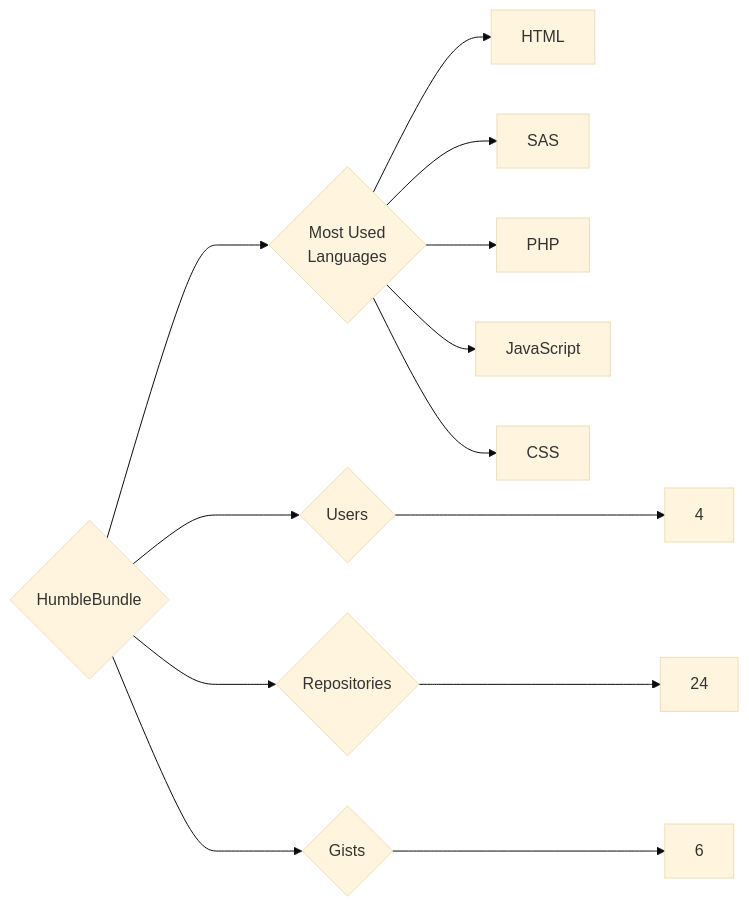
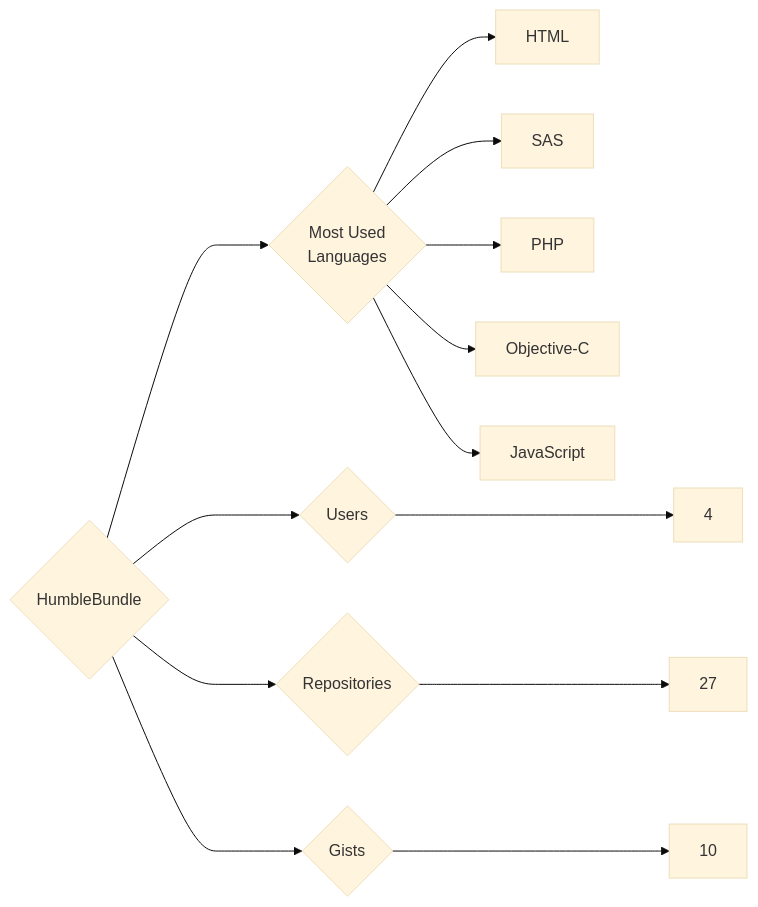
The diagram in targets/HumbleBundle/README.md (trickest/insiders), drawn with Mermaid (base theme) before and after one commit. The commit also changed 880 other files, not shown here.

````diff
--- a/targets/HumbleBundle/README.md
+++ b/targets/HumbleBundle/README.md
@@ -3,13 +3,13 @@
 ```mermaid
 graph LR
 COMPANY_NAME{HumbleBundle}
 COMPANY_NAME ---> U{Users} ---> UN[4]
-COMPANY_NAME ---> R{Repositories} ---> RN[24]
-COMPANY_NAME ---> G{Gists} ---> GN[6]
+COMPANY_NAME ---> R{Repositories} ---> RN[27]
+COMPANY_NAME ---> G{Gists} ---> GN[10]
 COMPANY_NAME ---> ML{Most Used<br>Languages}
 ML --> HTML[HTML]
 ML --> SAS[SAS]
 ML --> PHP[PHP]
+ML --> Objective-C[Objective-C]
 ML --> JavaScript[JavaScript]
-ML --> CSS[CSS]
 ```
````
